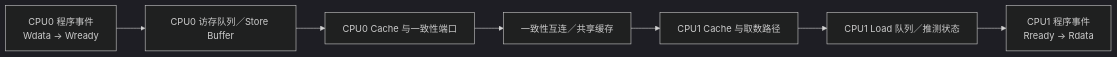
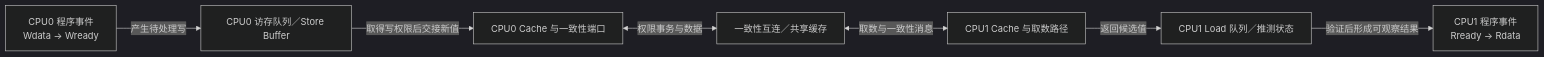
The first of 2 diagrams in knowledge/foundations/computer_architecture/memory_ordering/P01_为什么需要体系结构内存模型.md (FormingSystem/linux_note), drawn with Mermaid (dark theme) before and after one commit. The commit also changed other lines of this file and 9 other files, not shown here.

First line of the commit message:
content(architecture/memory): 完善内存顺序推导与编译证据边界

````diff
--- a/knowledge/foundations/computer_architecture/memory_ordering/P01_为什么需要体系结构内存模型.md
+++ b/knowledge/foundations/computer_architecture/memory_ordering/P01_为什么需要体系结构内存模型.md
@@ -66,9 +72,9 @@
 ```mermaid
 flowchart LR
-    S0["CPU0 程序事件<br/>Wdata → Wready"] --> Q0["CPU0 访存队列／Store Buffer"]
-    Q0 --> C0["CPU0 Cache 与一致性端口"]
-    C0 --> I["一致性互连／共享缓存"]
-    I --> C1["CPU1 Cache 与取数路径"]
-    C1 --> Q1["CPU1 Load 队列／推测状态"]
-    Q1 --> S1["CPU1 程序事件<br/>Rready → Rdata"]
+    S0["CPU0 程序事件<br/>Wdata → Wready"] -->|产生待处理写| Q0["CPU0 访存队列／Store Buffer"]
+    Q0 -->|取得写权限后交接新值| C0["CPU0 Cache 与一致性端口"]
+    C0 <-->|权限事务与数据| I["一致性互连／共享缓存"]
+    I <-->|取数与一致性消息| C1["CPU1 Cache 与取数路径"]
+    C1 -->|返回候选值| Q1["CPU1 Load 队列／推测状态"]
+    Q1 -->|验证后形成可观察结果| S1["CPU1 程序事件<br/>Rready → Rdata"]
 ```
````
